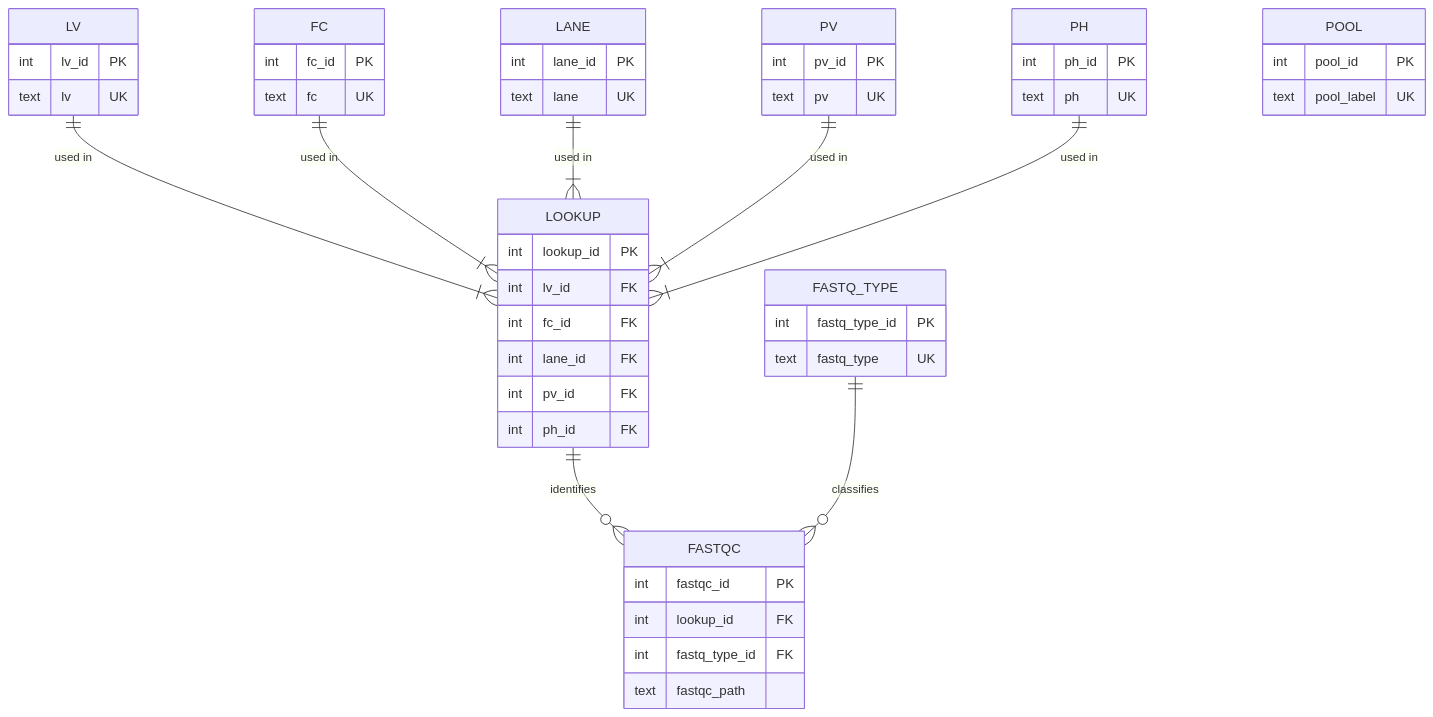
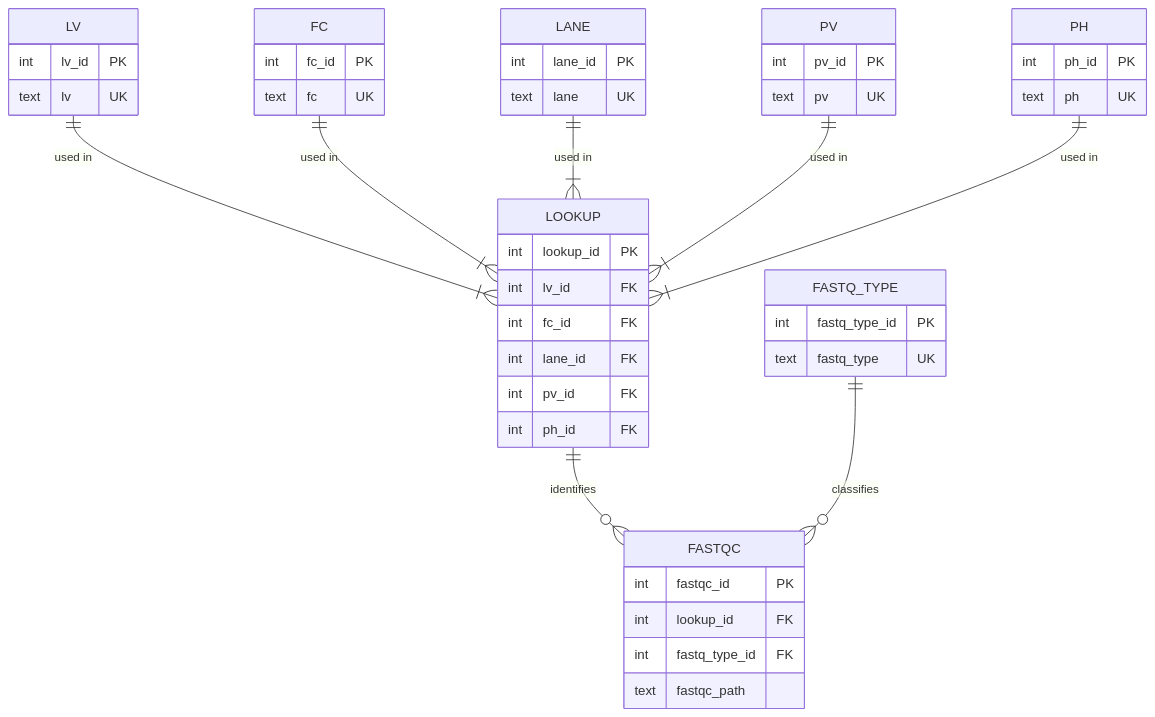
One commit to GeoGenetics/qc-parser changed the diagram in diagrams/main diagrams/original.md. Above: the diagram before and after it, drawn with Mermaid.

Commit message:
Delete POOL entity from original diagram
Removed POOL entity from the diagram.

````diff
--- a/diagrams/main diagrams/original.md
+++ b/diagrams/main diagrams/original.md
@@ -1,64 +1,59 @@
 ```mermaid
 erDiagram
     LV ||--|{ LOOKUP : "used in"
     FC ||--|{ LOOKUP : "used in"
     LANE ||--|{ LOOKUP : "used in"
     PV ||--|{ LOOKUP : "used in"
     PH ||--|{ LOOKUP : "used in"
 
     LOOKUP ||--o{ FASTQC : "identifies"
     FASTQ_TYPE ||--o{ FASTQC : "classifies"
     
 
     LV {
         int lv_id PK
         text lv UK
     }
 
     FC {
         int fc_id PK
         text fc UK
     }
 
     LANE {
         int lane_id PK
         text lane UK
-    }
-
-    POOL {
-        int pool_id PK
-        text pool_label UK
     }
 
     PV {
         int pv_id PK
         text pv UK
     }
 
     PH {
         int ph_id PK
         text ph UK
     }
 
     LOOKUP {
         int lookup_id PK
         int lv_id FK
         int fc_id FK
         int lane_id FK
         int pv_id FK
         int ph_id FK
     }
 
     FASTQ_TYPE {
         int fastq_type_id PK
         text fastq_type UK
     }
 
     FASTQC {
         int fastqc_id PK
         int lookup_id FK
         int fastq_type_id FK
         text fastqc_path
     }
 
 ```
````
